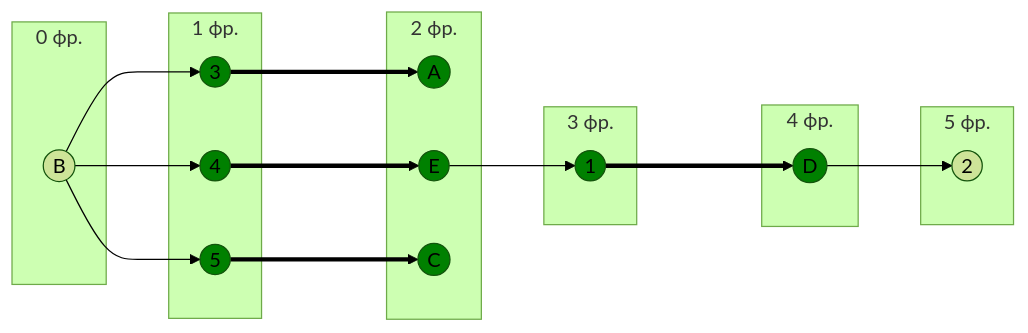
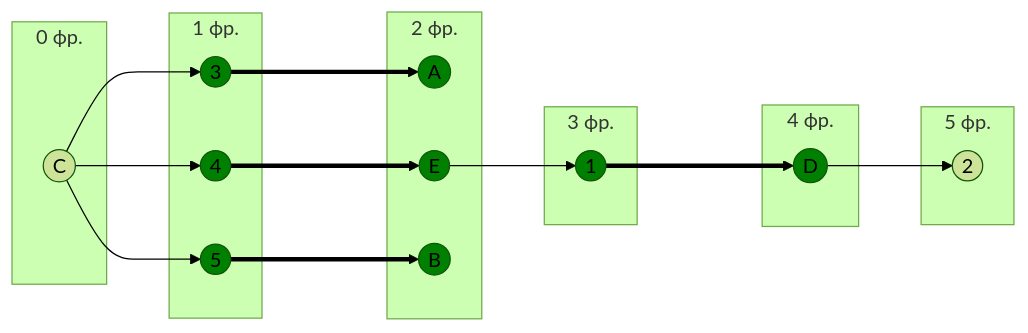
The ninth of 10 diagrams in Задание 14/qwerty.md (hse-algo-psapr-25/manual-tasks), drawn with Mermaid (forest theme) before and after one commit. The commit also changed other lines of this file, not shown here.

````diff
--- a/Задание 14/qwerty.md
+++ b/Задание 14/qwerty.md
@@ -370,37 +369,37 @@
 ```mermaid
 graph LR
     subgraph " 0 фр."
-        B((B))
+        C((C))
     end
     subgraph " 1 фр."
         3((3))
         4((4))
         5((5))
     end
     subgraph " 2 фр."
         A((A))
         E((E))
-        C((C))
+        B((B))
     end
     subgraph " 3 фр."
         1((1))
     end
     subgraph " 4 фр."
         D((D))
     end
     subgraph " 5 фр."
         2((2))
     end
-    B --> 3 ===> A
-    B --> 4 ===> E --> 1 ===> D --> 2
-    B --> 5 ===> C
+    C --> 3 ===> A
+    C --> 4 ===> E --> 1 ===> D --> 2
+    C --> 5 ===> B
 
     style A fill:#008000
-    style C fill:#008000
+    style B fill:#008000
     style D fill:#008000
     style E fill:#008000
     style 1 fill:#008000
     style 3 fill:#008000
     style 4 fill:#008000
     style 5 fill:#008000
 ```
````
